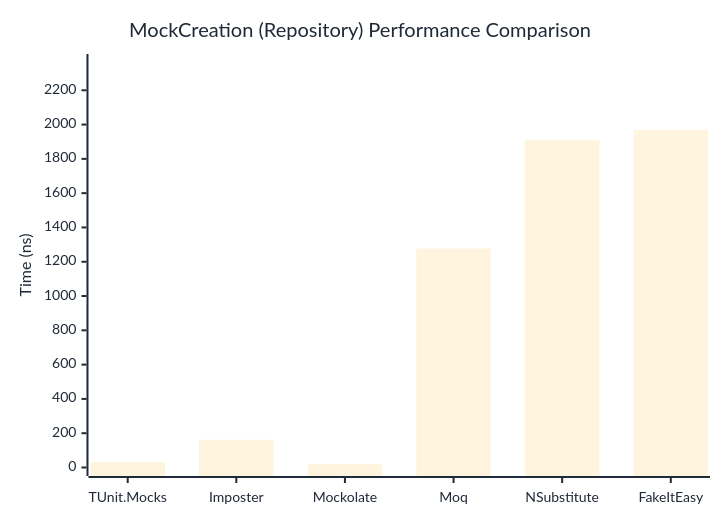
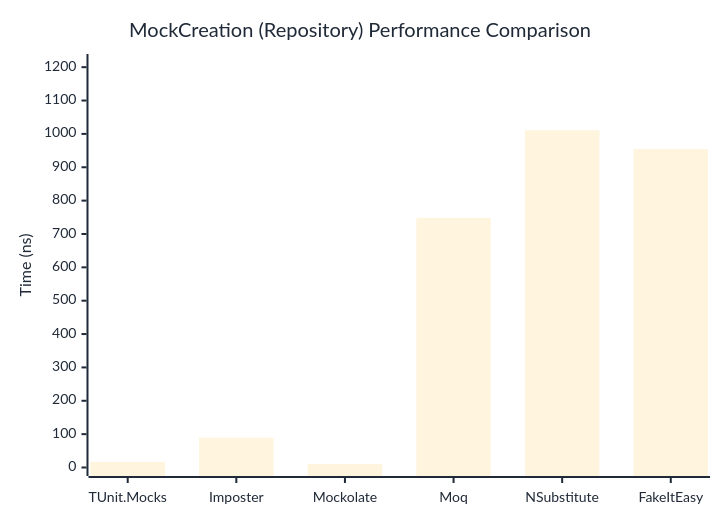
Before and after one commit to thomhurst/TUnit: the second of 2 diagrams in docs/docs/benchmarks/mocks/MockCreation.md, drawn with Mermaid. The commit also changed other lines of this file and 14 other files, not shown here.

````diff
--- a/docs/docs/benchmarks/mocks/MockCreation.md
+++ b/docs/docs/benchmarks/mocks/MockCreation.md
@@ -71,27 +71,27 @@
 ```mermaid
 %%{init: {
   'theme':'base',
   'themeVariables': {
     'primaryColor': '#2563eb',
     'primaryTextColor': '#1f2937',
     'primaryBorderColor': '#1e40af',
     'lineColor': '#6b7280',
     'secondaryColor': '#7c3aed',
     'tertiaryColor': '#dc2626',
     'background': '#ffffff',
     'pie1': '#2563eb',
     'pie2': '#7c3aed',
     'pie3': '#dc2626',
     'pie4': '#f59e0b',
     'pie5': '#10b981',
     'pie6': '#06b6d4',
     'pie7': '#ec4899',
     'pie8': '#6366f1'
   }
 }}%%
 xychart-beta
   title "MockCreation (Repository) Performance Comparison"
   x-axis ["TUnit.Mocks", "Imposter", "Mockolate", "Moq", "NSubstitute", "FakeItEasy"]
-  y-axis "Time (ns)" 0 --> 2362
-  bar [31.09, 161.81, 19.05, 1276.85, 1908.53, 1967.6]
+  y-axis "Time (ns)" 0 --> 1214
+  bar [16.8, 89.13, 10.41, 748.28, 1011.1, 954.91]
 ```
````
